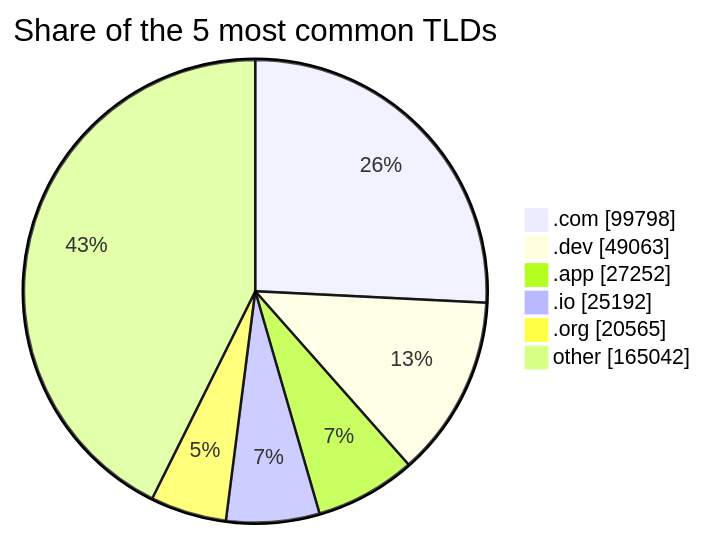
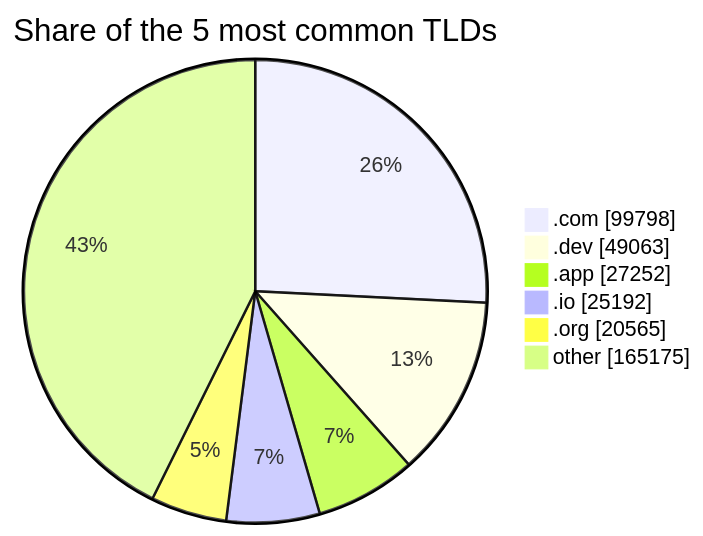
The third of 3 diagrams in README.md (DNSBunker/CTI), drawn with Mermaid before and after one commit. The commit also changed other lines of this file and 3 other files, not shown here.

````diff
--- a/README.md
+++ b/README.md
@@ -81,9 +81,9 @@
 ```mermaid
 pie showData title Share of the 5 most common TLDs
     ".com" : 99798
     ".dev" : 49063
     ".app" : 27252
     ".io" : 25192
     ".org" : 20565
-    "other" : 165042
+    "other" : 165175
 ```
````
